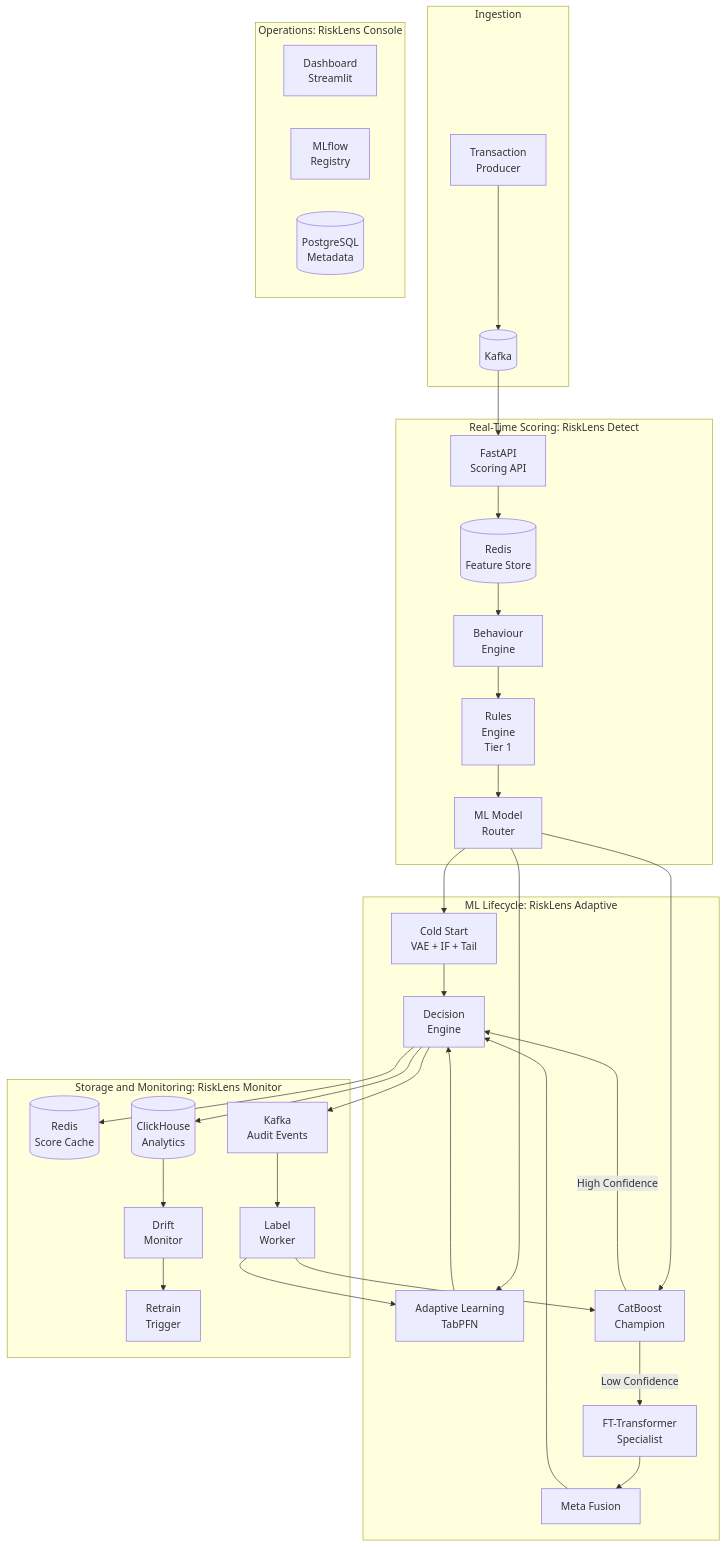
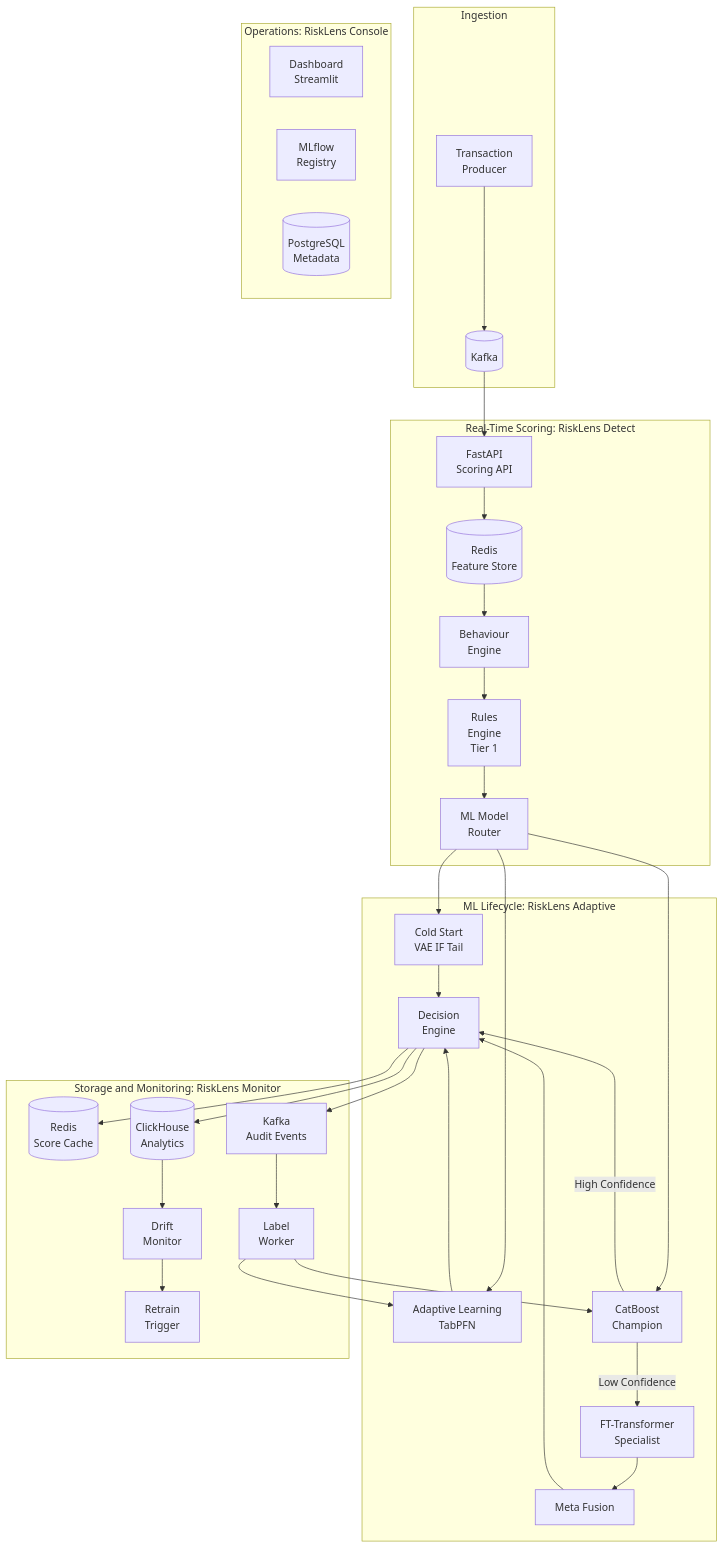
One commit to Tadeni00/RiskLens changed the second of 7 diagrams in README.md. Above: the diagram before and after it, drawn with Mermaid. The commit also changed other lines of this file and 8 other files, not shown here.

````diff
--- a/README.md
+++ b/README.md
@@ -178,61 +181,61 @@
 ```mermaid
 graph TB
     subgraph "Ingestion"
         TXN[Transaction<br/>Producer]
         KAFKA[(Kafka)]
         TXN --> KAFKA
     end
 
     subgraph "Real-Time Scoring: RiskLens Detect"
         API[FastAPI<br/>Scoring API]
         KAFKA --> API
 
         FS[(Redis<br/>Feature Store)]
         API --> FS
 
         BE[Behaviour<br/>Engine]
         FS --> BE
 
         RE[Rules<br/>Engine<br/>Tier 1]
         BE --> RE
 
         MR[ML Model<br/>Router]
         RE --> MR
     end
 
     subgraph "ML Lifecycle: RiskLens Adaptive"
-        CS[Cold Start<br/>VAE + IF + Tail]
+        CS[Cold Start<br/>VAE IF Tail]
         AL[Adaptive Learning<br/>TabPFN]
         CB[CatBoost<br/>Champion]
-        FT[FT-Transformer<br/>Specialist]
+        FT["FT-Transformer<br/>Specialist"]
         MF[Meta Fusion]
 
         MR --> CS
         MR --> AL
         MR --> CB
 
         CB -->|Low Confidence| FT
         FT --> MF
         MF --> DEC[Decision<br/>Engine]
         CB -->|High Confidence| DEC
         CS --> DEC
         AL --> DEC
     end
 
     subgraph "Storage and Monitoring: RiskLens Monitor"
         DEC --> REDIS[(Redis<br/>Score Cache)]
         DEC --> KAFKA2[Kafka<br/>Audit Events]
         DEC --> CH[(ClickHouse<br/>Analytics)]
         KAFKA2 --> LW[Label<br/>Worker]
         LW --> AL
         LW --> CB
         CH --> DRIFT[Drift<br/>Monitor]
         DRIFT --> RETRAIN[Retrain<br/>Trigger]
     end
 
     subgraph "Operations: RiskLens Console"
         DASH[Dashboard<br/>Streamlit]
         MLFLOW[MLflow<br/>Registry]
         PG[(PostgreSQL<br/>Metadata)]
     end
 ```
````
